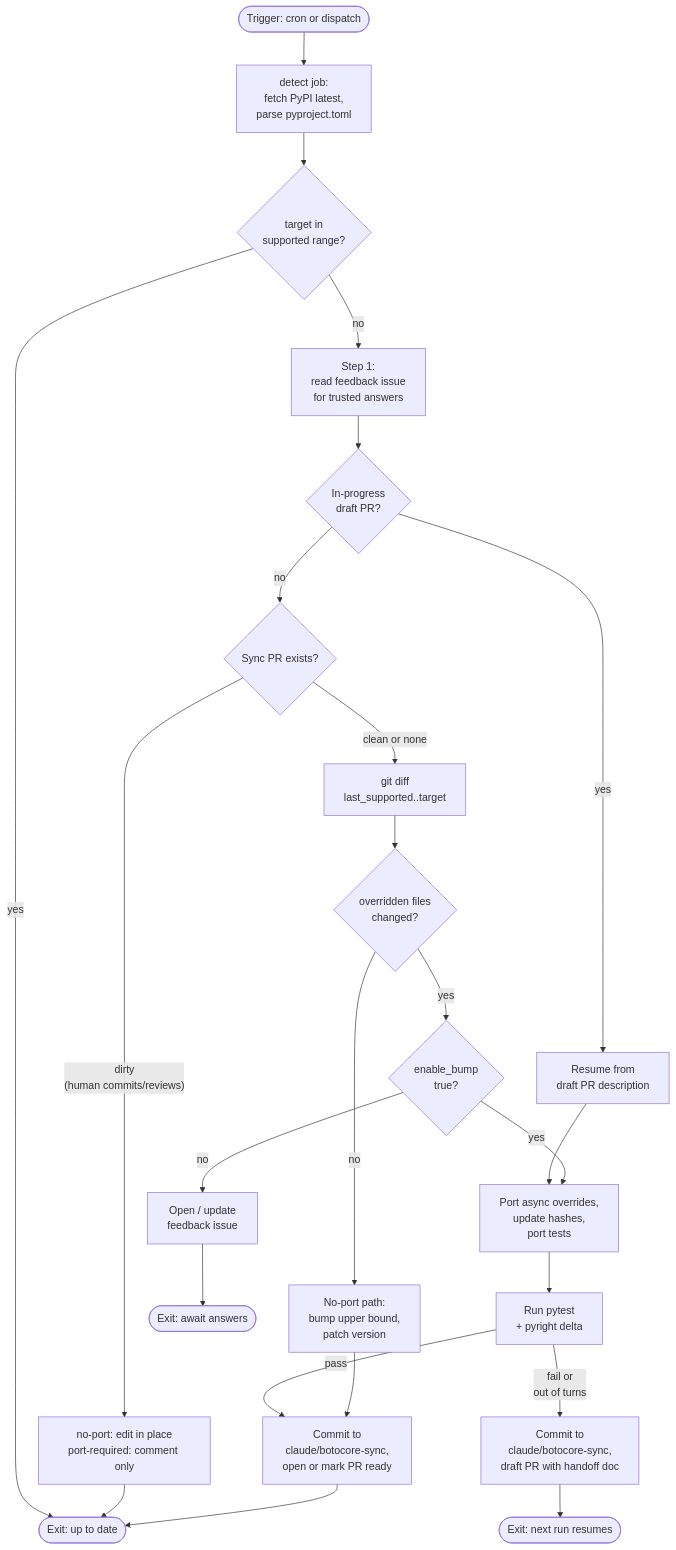
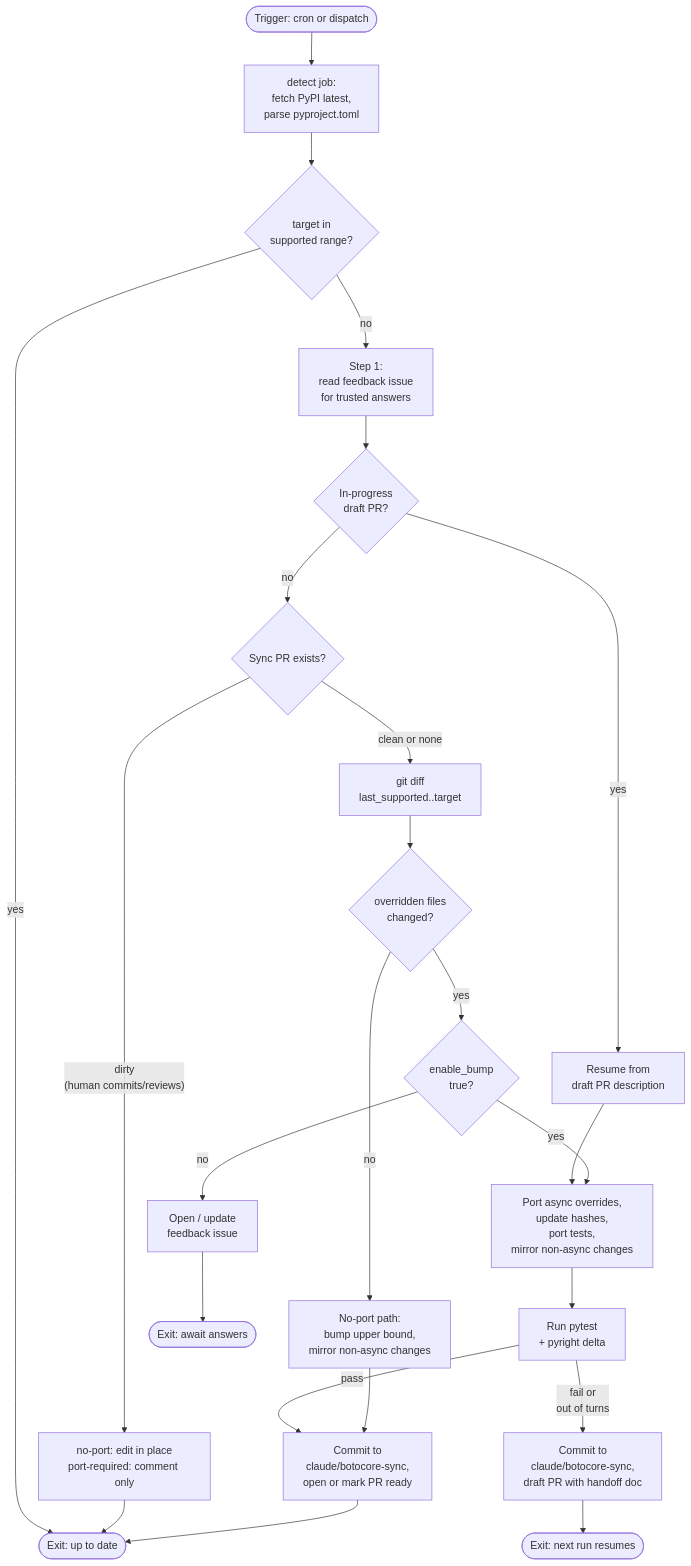
One commit to aio-libs/aiobotocore changed the second of 2 diagrams in docs/ai-workflows.md. Above: the diagram before and after it, drawn with Mermaid. The commit also changed other lines of this file and 6 other files, not shown here.

Commit message:
ci: mirror non-async botocore changes in the sync; base release bumps on shipped changes (#1760)

````diff
--- a/docs/ai-workflows.md
+++ b/docs/ai-workflows.md
@@ -204,27 +204,27 @@
 ```mermaid
 flowchart TD
     start([Trigger: cron or dispatch])
     start --> detect["detect job:<br/>fetch PyPI latest,<br/>parse pyproject.toml"]
     detect --> inrange{target in<br/>supported range?}
     inrange -->|yes| exitOK([Exit: up to date])
     inrange -->|no| step1["Step 1:<br/>read feedback issue<br/>for trusted answers"]
     step1 --> draftCheck{In-progress<br/>draft PR?}
     draftCheck -->|yes| resume[Resume from<br/>draft PR description]
     draftCheck -->|no| finalCheck{Sync PR exists?}
     finalCheck -->|"dirty<br/>(human commits/reviews)"| dirty[no-port: edit in place<br/>port-required: comment only]
     finalCheck -->|clean or none| diff["git diff<br/>last_supported..target"]
     resume --> port
     diff --> classify{overridden files<br/>changed?}
-    classify -->|no| noport[No-port path:<br/>bump upper bound,<br/>patch version]
+    classify -->|no| noport[No-port path:<br/>bump upper bound,<br/>mirror non-async changes]
     classify -->|yes| bumpGate{enable_bump<br/>true?}
     bumpGate -->|no| feedback[Open / update<br/>feedback issue]
-    bumpGate -->|yes| port[Port async overrides,<br/>update hashes,<br/>port tests]
+    bumpGate -->|yes| port[Port async overrides,<br/>update hashes,<br/>port tests,<br/>mirror non-async changes]
     port --> validate["Run pytest<br/>+ pyright delta"]
     validate -->|pass| finalize["Commit to<br/>claude/botocore-sync,<br/>open or mark PR ready"]
     validate -->|"fail or<br/>out of turns"| saveWIP[Commit to<br/>claude/botocore-sync,<br/>draft PR with handoff doc]
     noport --> finalize
     dirty --> exitOK
     finalize --> exitOK
     feedback --> exitFB([Exit: await answers])
     saveWIP --> exitWIP([Exit: next run resumes])
 ```
````
